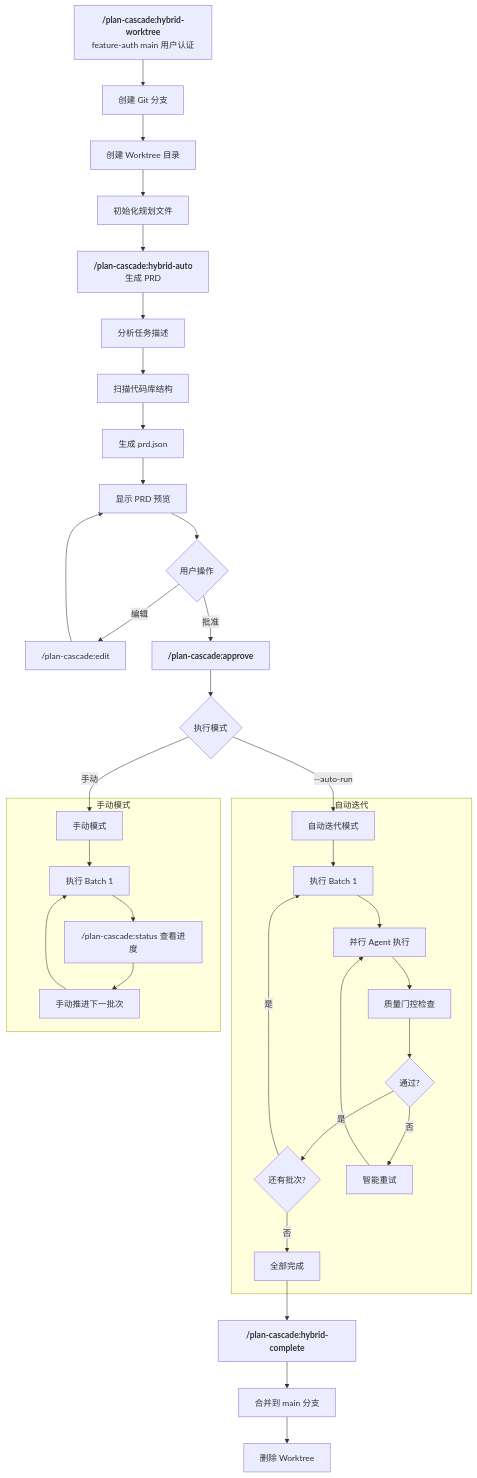
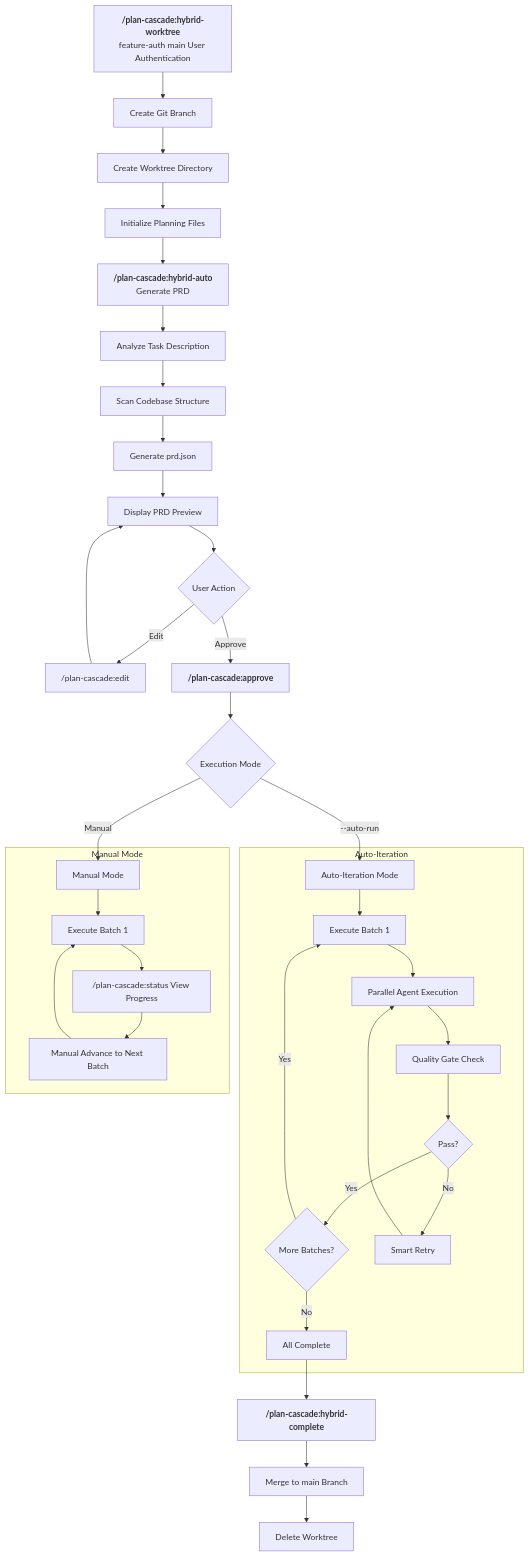
One commit to Taoidle/plan-cascade changed the fifth of 8 diagrams in docs/System-Architecture.md. Above: the diagram before and after it, drawn with Mermaid. The commit also changed other lines of this file and 13 other files, not shown here.

````diff
--- a/docs/System-Architecture.md
+++ b/docs/System-Architecture.md
@@ -279,44 +281,44 @@
 ```mermaid
 flowchart TD
-    A["<b>/plan-cascade:hybrid-worktree</b><br/>feature-auth main 用户认证"] --> B[创建 Git 分支]
-    B --> C[创建 Worktree 目录]
-    C --> D[初始化规划文件]
-    D --> E["<b>/plan-cascade:hybrid-auto</b><br/>生成 PRD"]
+    A["<b>/plan-cascade:hybrid-worktree</b><br/>feature-auth main User Authentication"] --> B[Create Git Branch]
+    B --> C[Create Worktree Directory]
+    C --> D[Initialize Planning Files]
+    D --> E["<b>/plan-cascade:hybrid-auto</b><br/>Generate PRD"]
 
-    E --> F[分析任务描述]
-    F --> G[扫描代码库结构]
-    G --> H[生成 prd.json]
-    H --> I[显示 PRD 预览]
+    E --> F[Analyze Task Description]
+    F --> G[Scan Codebase Structure]
+    G --> H[Generate prd.json]
+    H --> I[Display PRD Preview]
 
-    I --> J{用户操作}
-    J -->|编辑| K["/plan-cascade:edit"]
+    I --> J{User Action}
+    J -->|Edit| K["/plan-cascade:edit"]
     K --> I
-    J -->|批准| L["<b>/plan-cascade:approve</b>"]
+    J -->|Approve| L["<b>/plan-cascade:approve</b>"]
 
-    L --> M{执行模式}
-    M -->|"--auto-run"| N[自动迭代模式]
-    M -->|手动| O[手动模式]
+    L --> M{Execution Mode}
+    M -->|"--auto-run"| N[Auto-Iteration Mode]
+    M -->|Manual| O[Manual Mode]
 
-    subgraph "自动迭代"
-        N --> P[执行 Batch 1]
-        P --> Q[并行 Agent 执行]
-        Q --> R[质量门控检查]
-        R --> S{通过?}
-        S -->|是| T{还有批次?}
-        S -->|否| U[智能重试]
+    subgraph "Auto-Iteration"
+        N --> P[Execute Batch 1]
+        P --> Q[Parallel Agent Execution]
+        Q --> R[Quality Gate Check]
+        R --> S{Pass?}
+        S -->|Yes| T{More Batches?}
+        S -->|No| U[Smart Retry]
         U --> Q
-        T -->|是| P
-        T -->|否| V[全部完成]
+        T -->|Yes| P
+        T -->|No| V[All Complete]
     end
 
-    subgraph "手动模式"
-        O --> W[执行 Batch 1]
-        W --> X["/plan-cascade:status 查看进度"]
-        X --> Y[手动推进下一批次]
+    subgraph "Manual Mode"
+        O --> W[Execute Batch 1]
+        W --> X["/plan-cascade:status View Progress"]
+        X --> Y[Manual Advance to Next Batch]
         Y --> W
     end
 
     V --> Z["<b>/plan-cascade:hybrid-complete</b>"]
-    Z --> AA[合并到 main 分支]
-    AA --> AB[删除 Worktree]
+    Z --> AA[Merge to main Branch]
+    AA --> AB[Delete Worktree]
 ```
````
